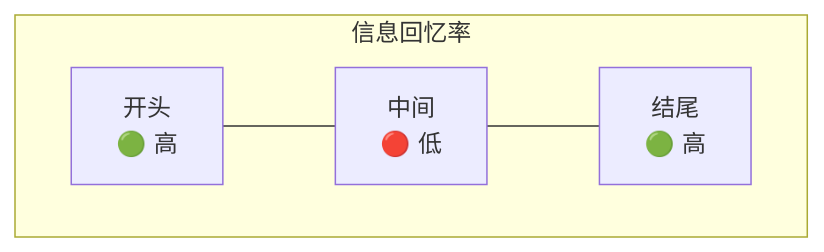
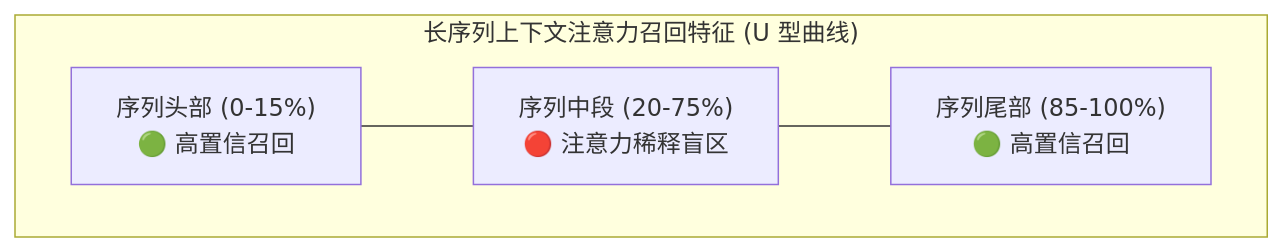
Before and after one commit to yingwang/thinking-in-llm: the fourth of 9 diagrams in chapters/06-limitations.md, drawn with Mermaid. The commit also changed other lines of this file and 31 other files, not shown here.

````diff
--- a/chapters/06-limitations.md
+++ b/chapters/06-limitations.md
@@ -267,7 +224,7 @@
 ```mermaid
 graph LR
-    subgraph recall["信息回忆率"]
+    subgraph recall["长序列上下文注意力召回特征 (U 型曲线)"]
         direction LR
-        P1["开头<br>🟢 高"] --- P2["中间<br>🔴 低"] --- P3["结尾<br>🟢 高"]
+        P1["序列头部 (0-15%)<br>🟢 高置信召回"] --- P2["序列中段 (20-75%)<br>🔴 注意力稀释盲区"] --- P3["序列尾部 (85-100%)<br>🟢 高置信召回"]
     end
 ```
````
